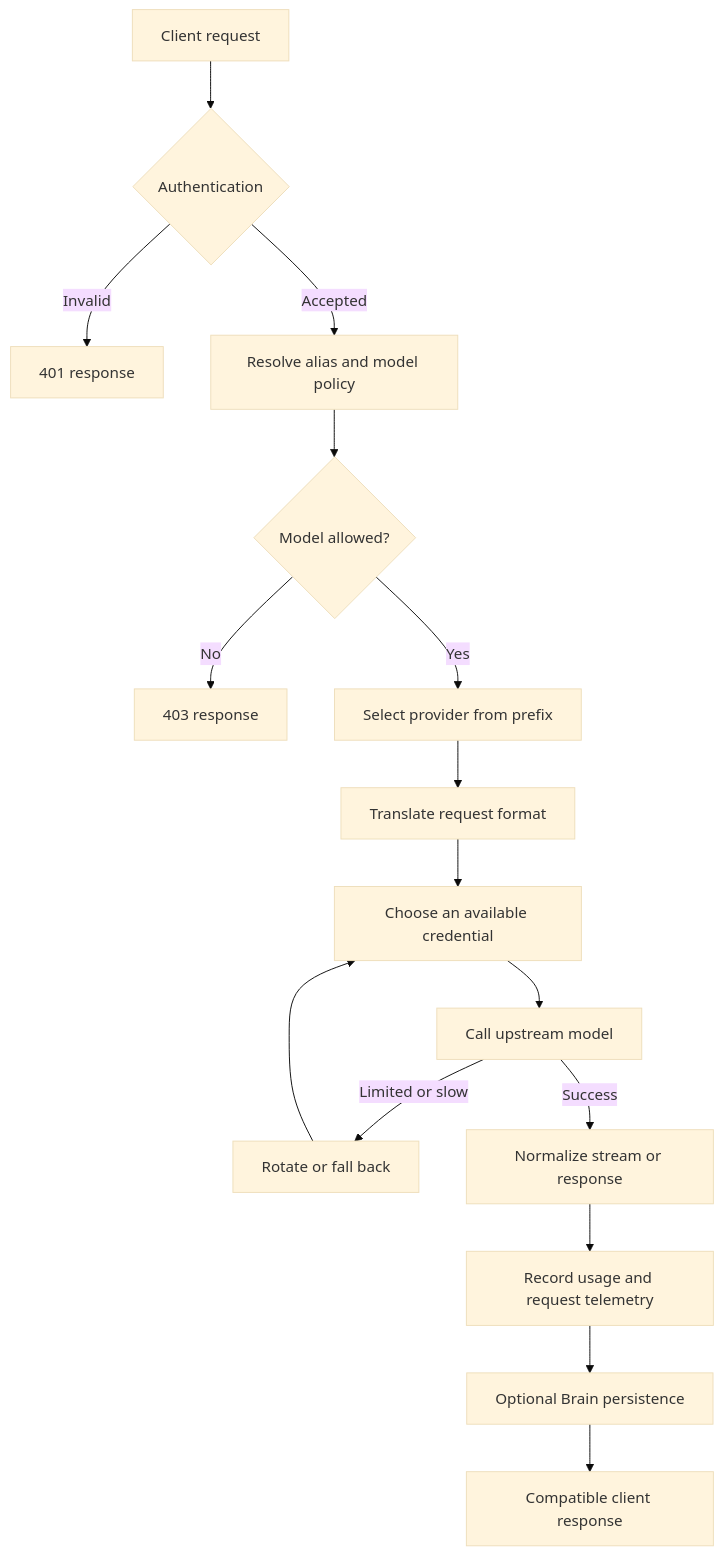
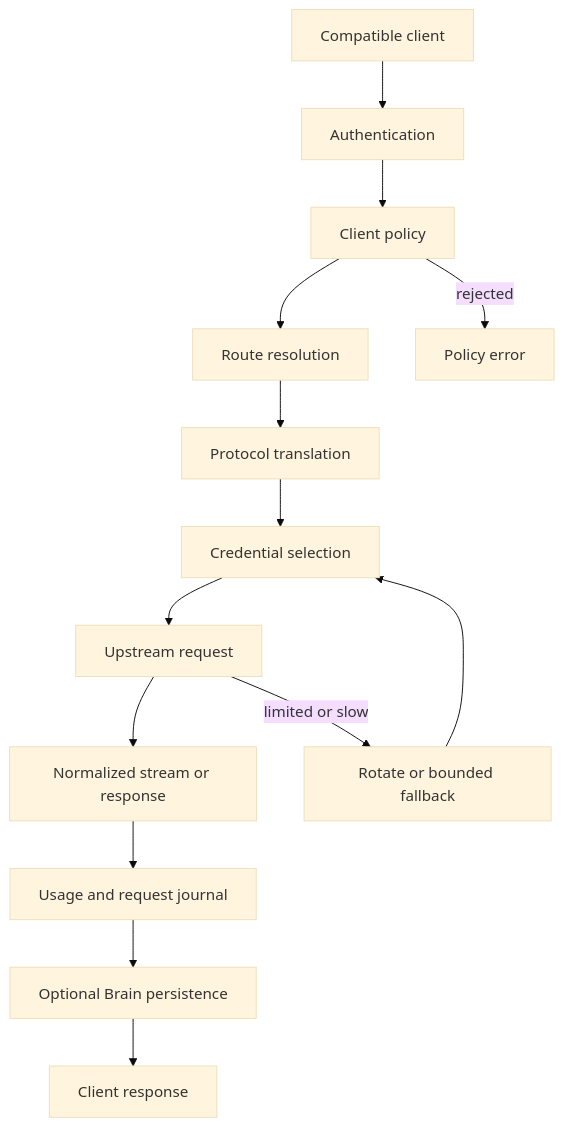
The diagram in README.md (iyantama9/custorouter), drawn with Mermaid (base theme) before and after one commit. The commit also changed other lines of this file and 7 other files, not shown here.

````diff
--- a/README.md
+++ b/README.md
@@ -39,18 +41,17 @@
 ```mermaid
 flowchart TD
-    A[Client request] --> B{Authentication}
-    B -->|Invalid| X[401 response]
-    B -->|Accepted| C[Resolve alias and model policy]
-    C --> D{Model allowed?}
-    D -->|No| Y[403 response]
-    D -->|Yes| E[Select provider from prefix]
-    E --> F[Translate request format]
-    F --> G[Choose an available credential]
-    G --> H[Call upstream model]
-    H -->|Limited or slow| I[Rotate or fall back]
-    I --> G
-    H -->|Success| J[Normalize stream or response]
-    J --> K[Record usage and request telemetry]
-    K --> L[Optional Brain persistence]
-    L --> M[Compatible client response]
+    A[Compatible client] --> B[Authentication]
+    B --> C[Client policy]
+    C --> D[Route resolution]
+    D --> E[Protocol translation]
+    E --> F[Credential selection]
+    F --> G[Upstream request]
+    G --> H[Normalized stream or response]
+    H --> I[Usage and request journal]
+    I --> J[Optional Brain persistence]
+    J --> K[Client response]
+
+    G -->|limited or slow| L[Rotate or bounded fallback]
+    L --> F
+    C -->|rejected| M[Policy error]
 ```
````
